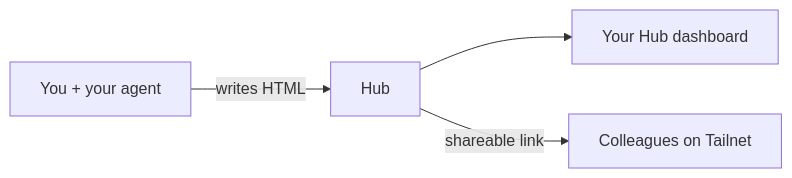
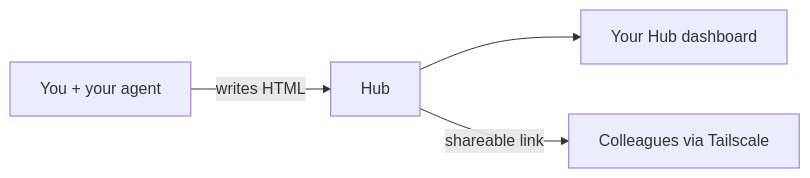
Before and after one commit to gabrycina/hub: the diagram in README.md, drawn with Mermaid. The commit also changed other lines of this file and 1 other file, not shown here.

First line of the commit message:
Rephrase Tailscale sharing as optional and secure

````diff
--- a/README.md
+++ b/README.md
@@ -18,6 +18,6 @@
 ```mermaid
 flowchart LR
   A[You + your agent] -->|writes HTML| B[Hub]
   B --> C[Your Hub dashboard]
-  B -->|shareable link| D[Colleagues on Tailnet]
+  B -->|shareable link| D[Colleagues via Tailscale]
 ```
````
